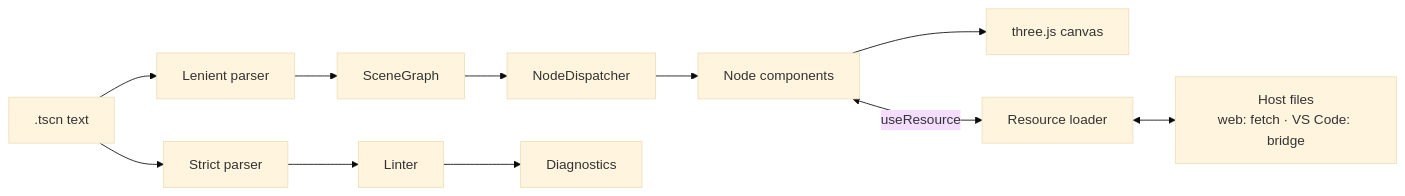
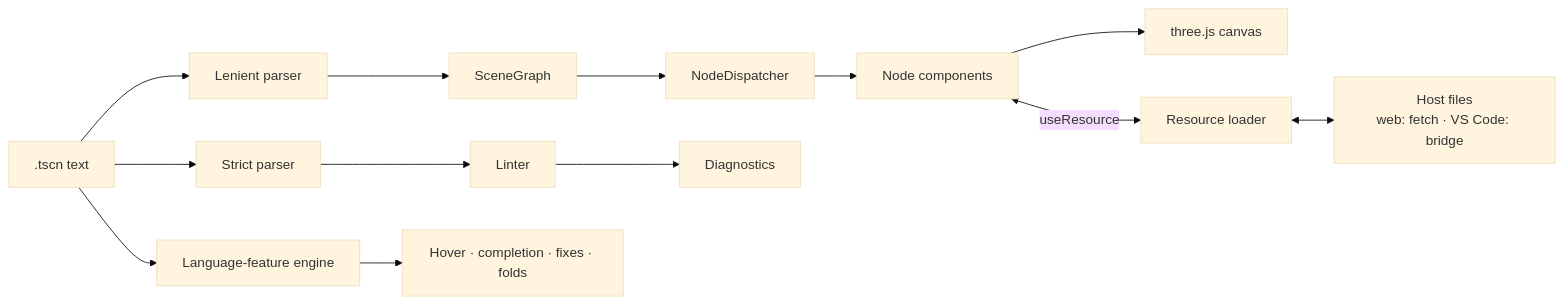
One commit to Vortiago/textscene-inspector changed the first of 2 diagrams in ARCHITECTURE.md. Above: the diagram before and after it, drawn with Mermaid (base theme). The commit also changed other lines of this file and 217 other files, not shown here.

````diff
--- a/ARCHITECTURE.md
+++ b/ARCHITECTURE.md
@@ -35,14 +39,17 @@
 ```mermaid
 flowchart LR
   TSCN[".tscn text"] --> LP["Lenient parser"]
   LP --> SG["SceneGraph"]
   SG --> ND["NodeDispatcher"]
   ND --> COMP["Node components"]
   COMP --> CANVAS["three.js canvas"]
   COMP <-->|"useResource"| RL["Resource loader"]
   RL <--> HOST["Host files<br/>web: fetch · VS Code: bridge"]
 
   TSCN --> SP["Strict parser"]
   SP --> LINT["Linter"]
   LINT --> DIAG["Diagnostics"]
+
+  TSCN --> LANG["Language-feature engine"]
+  LANG --> HOVER["Hover · completion · fixes · folds"]
 ```
````
